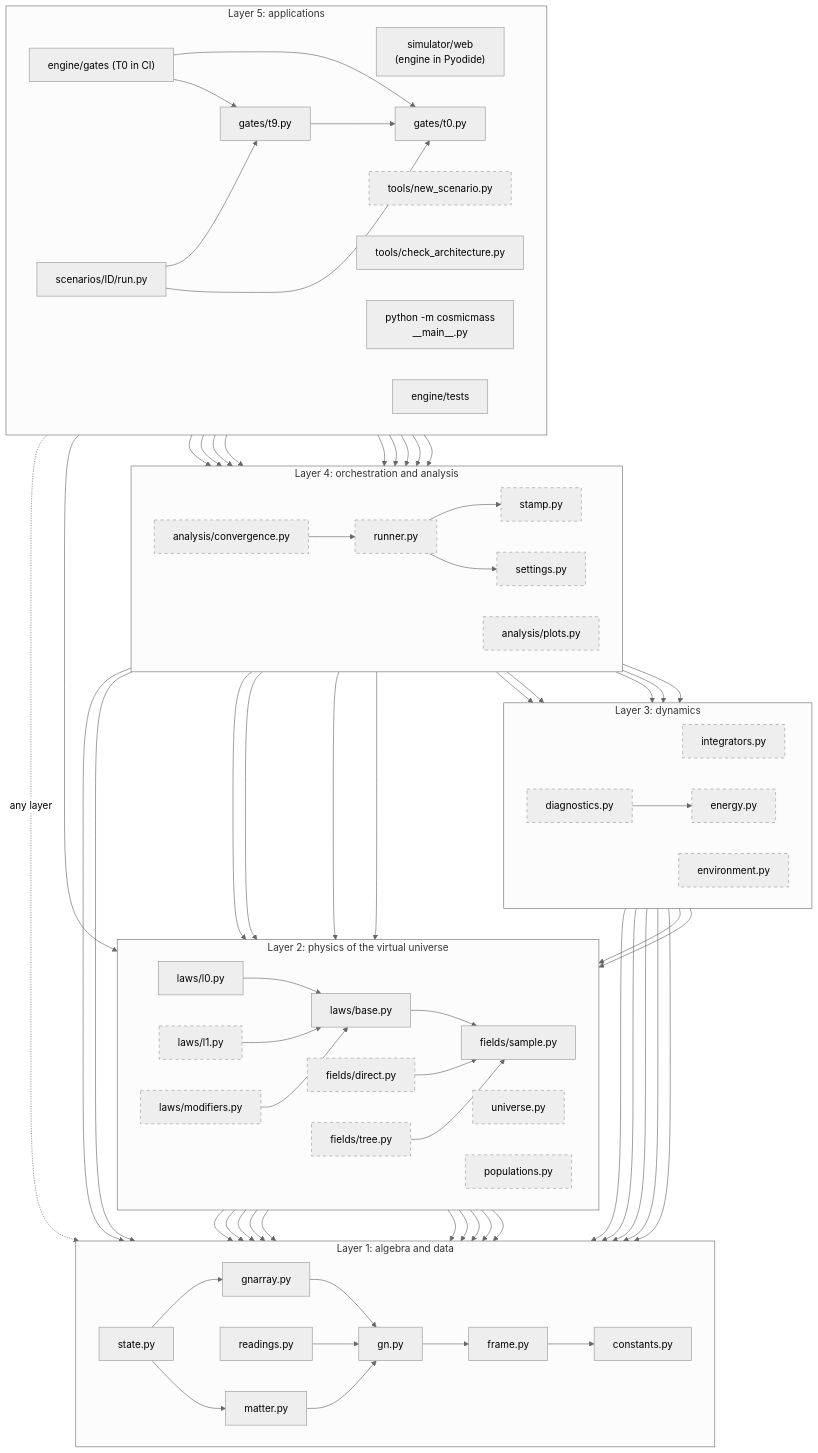
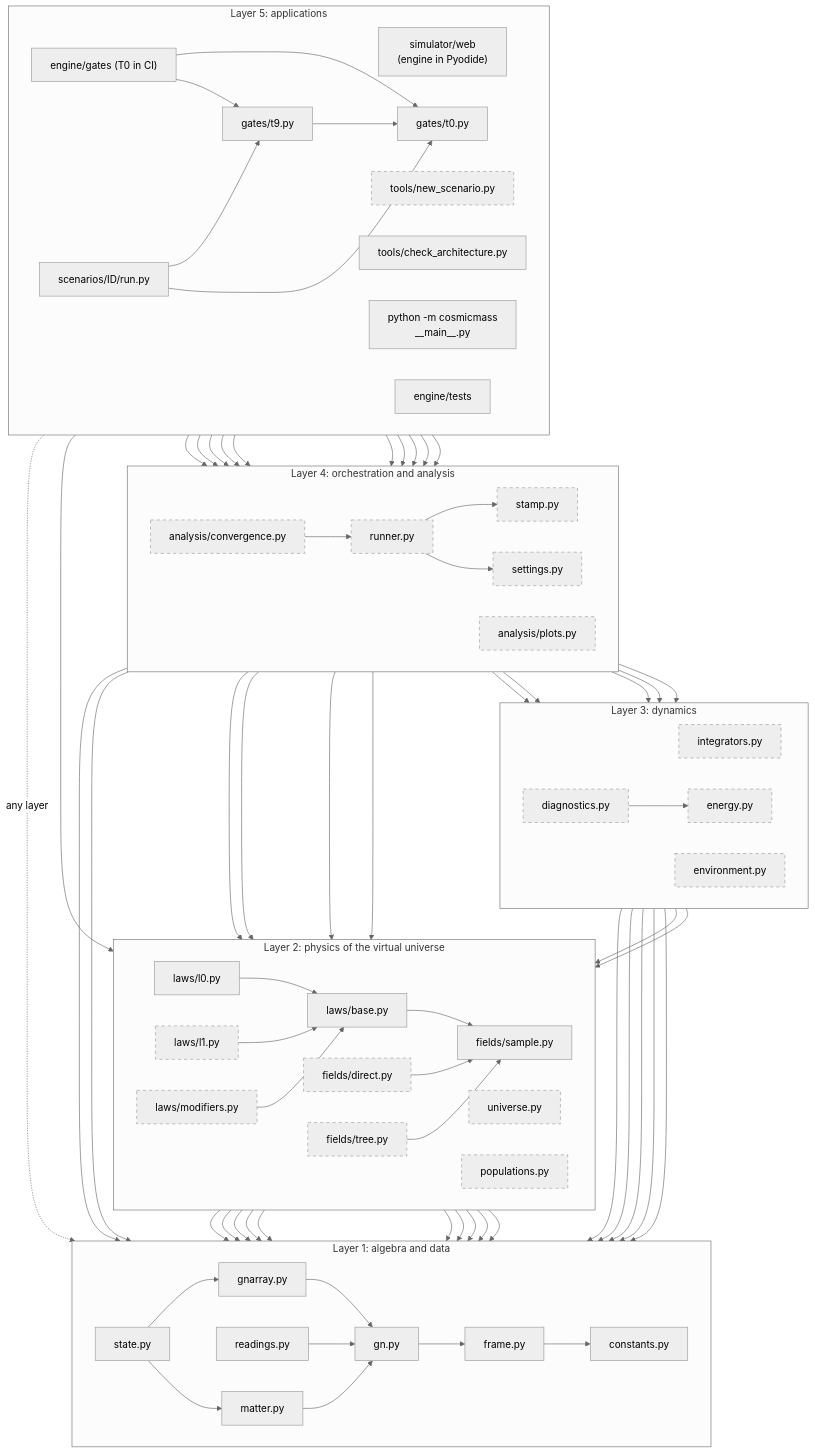
The second of 8 diagrams in ARCHITECTURE.md (isaacmindx-collab/cosmic-mass-lab), drawn with Mermaid (neutral theme) before and after one commit. The commit also changed other lines of this file and 3 other files, not shown here.

Commit message:
T9.2: t9_2 in gates/t9.py, scenarios/T9.2/run.py, fast check; ARCHITECTURE.md (D18)

```diff
--- a/ARCHITECTURE.md
+++ b/ARCHITECTURE.md
@@ -194,6 +195,7 @@
     limits --> settings
     limits --> fields
     limits --> gate
+    limits --> runner
     scen --> gate
     gate --> runner
     gate --> settings
```
